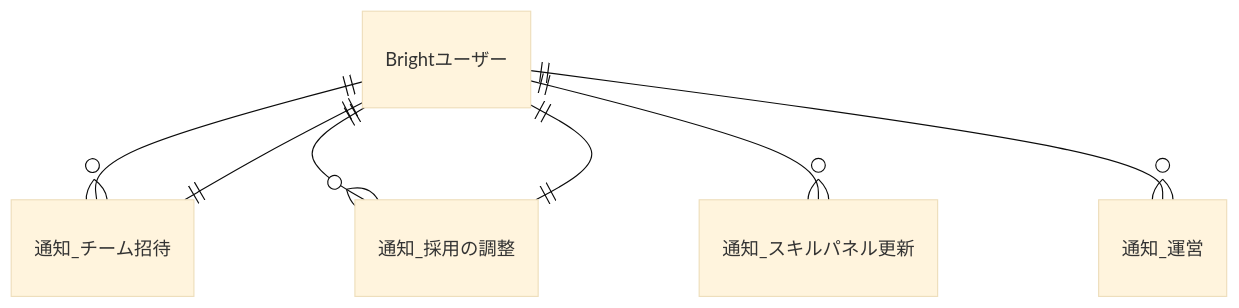
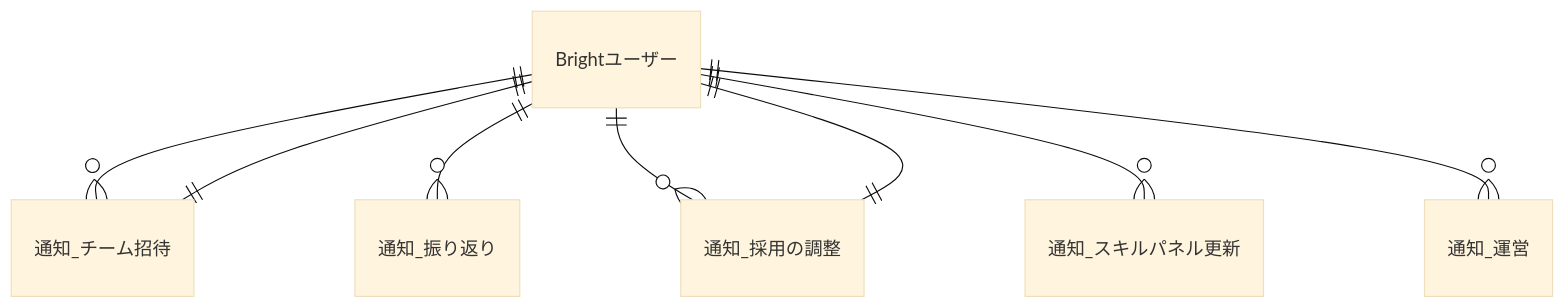
One commit to bright-org/bright changed the second of 5 diagrams in docs/conceptual_schemas/notifications.md. Above: the diagram before and after it, drawn with Mermaid (base theme). The commit also changed other lines of this file, not shown here.

Commit message:
通知_振り返り

```````diff
--- a/docs/conceptual_schemas/notifications.md
+++ b/docs/conceptual_schemas/notifications.md
@@ -19,12 +19,14 @@
 ```mermaid
 erDiagram
   "Brightユーザー" ||--o{ "通知_チーム招待" : ""
   "通知_チーム招待" ||--|| "Brightユーザー" : ""
+
+  "Brightユーザー" ||--o{ "通知_振り返り" : ""
 
   "Brightユーザー" ||--o{ "通知_採用の調整" : ""
   "通知_採用の調整" ||--|| "Brightユーザー" : ""
 
   "Brightユーザー" ||--o{ "通知_スキルパネル更新" : ""
   "Brightユーザー" ||--o{ "通知_運営" : ""
 
 ``````
```````
